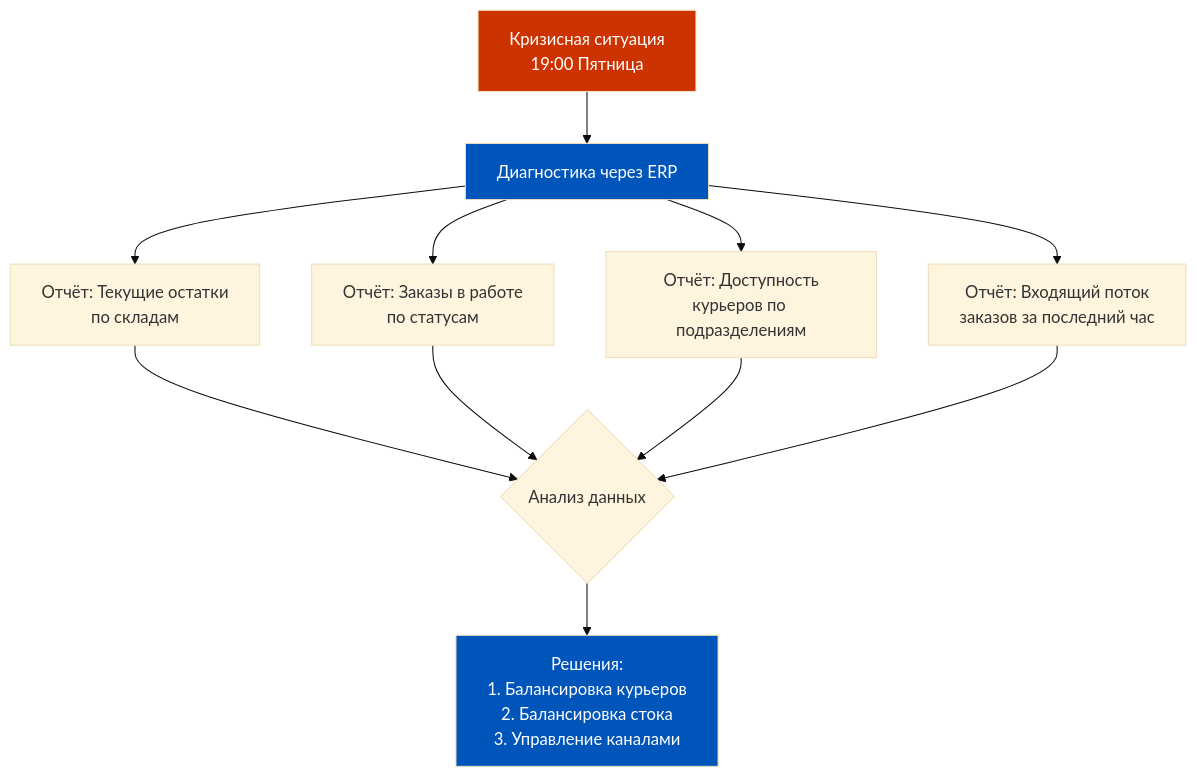
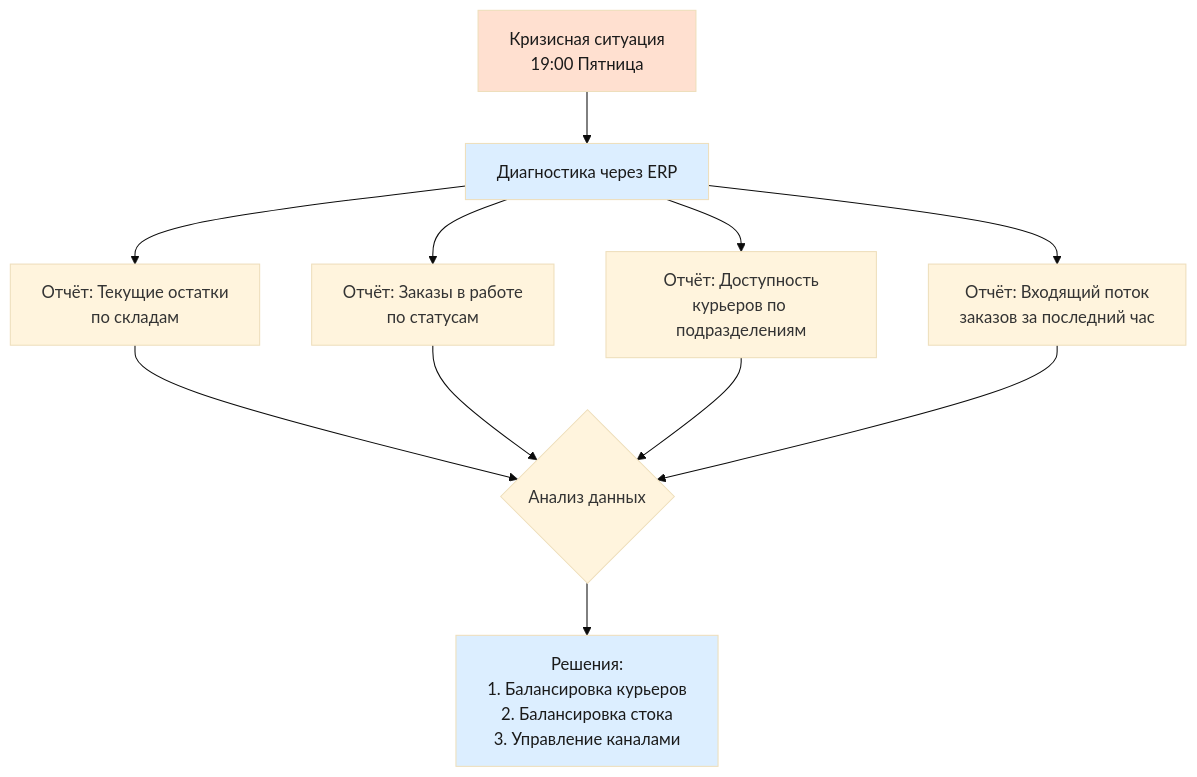
The first of 9 diagrams in content/1c-erp/week_7/Неделя 7 - День 6 - Практикум по цепочке доставки.md (murad1986/1c-erp-quartz), drawn with Mermaid (base theme) before and after one commit. The commit also changed other lines of this file and 57 other files, not shown here.

First line of the commit message:
fix: Mermaid — пастельные цвета в источниках диаграмм (56 файлов)

````diff
--- a/content/1c-erp/week_7/Неделя 7 - День 6 - Практикум по цепочке доставки.md
+++ b/content/1c-erp/week_7/Неделя 7 - День 6 - Практикум по цепочке доставки.md
@@ -41,17 +41,17 @@
 ```mermaid
 graph TD
     A[Кризисная ситуация<br/>19:00 Пятница] --> B[Диагностика через ERP]
     B --> C[Отчёт: Текущие остатки<br/>по складам]
     B --> D[Отчёт: Заказы в работе<br/>по статусам]
     B --> E[Отчёт: Доступность<br/>курьеров по подразделениям]
     B --> F[Отчёт: Входящий поток<br/>заказов за последний час]
     C --> G{Анализ данных}
     D --> G
     E --> G
     F --> G
     G --> H[Решения:<br/>1. Балансировка курьеров<br/>2. Балансировка стока<br/>3. Управление каналами]
 
-    style A fill:#cc3300,color:#fff
-    style B fill:#0055BB,color:#fff
-    style H fill:#0055BB,color:#fff
+    style A fill:#ffe0d0,color:#1a1a1a
+    style B fill:#dceeff,color:#1a1a1a
+    style H fill:#dceeff,color:#1a1a1a
 ```
````
